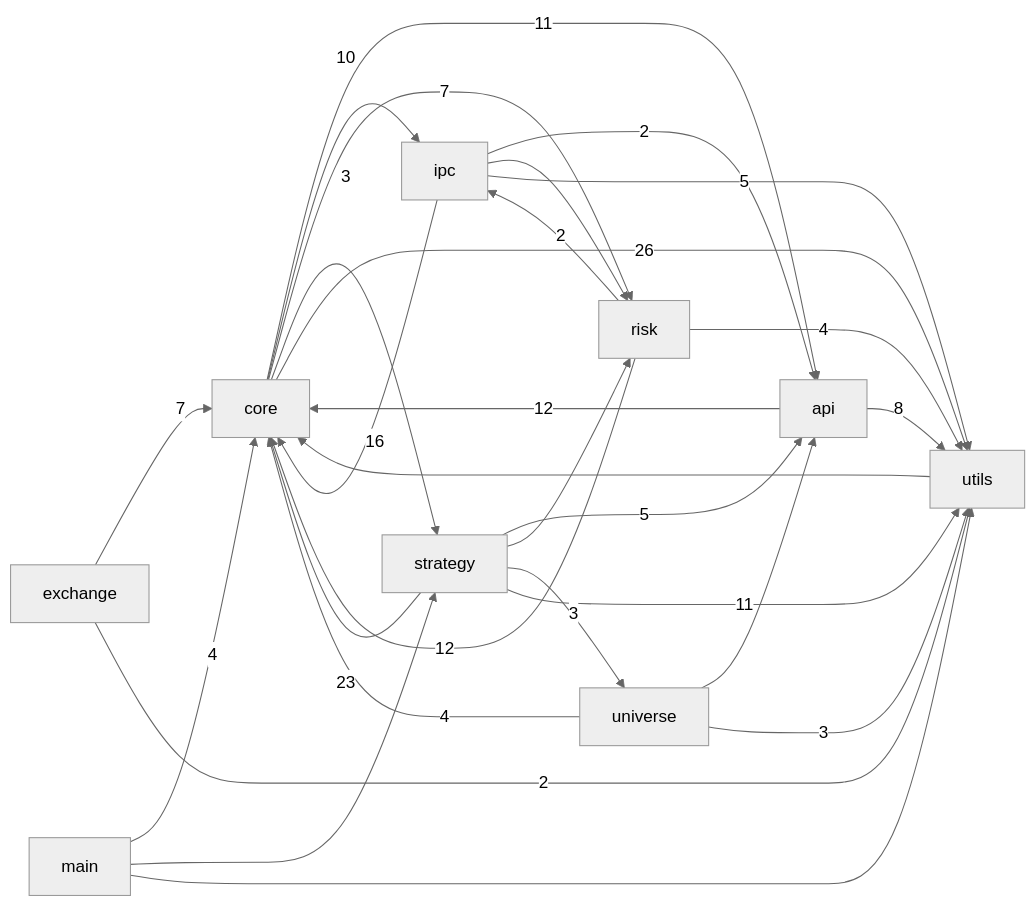
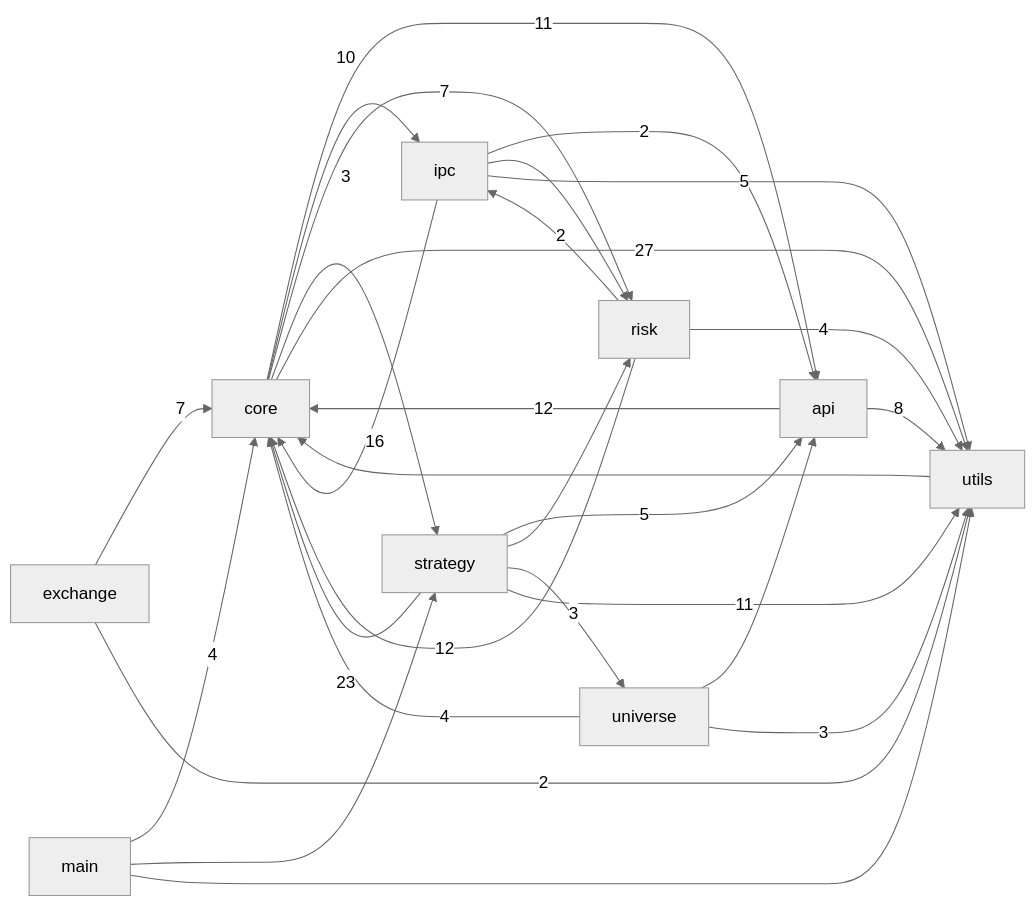
One commit to pypy8171/Quant changed the first of 3 diagrams in docs/CODE_GRAPH.md. Above: the diagram before and after it, drawn with Mermaid (neutral theme). The commit also changed other lines of this file and 10 other files, not shown here.

````diff
--- a/docs/CODE_GRAPH.md
+++ b/docs/CODE_GRAPH.md
@@ -10,40 +10,40 @@
 ```mermaid
 graph LR
   main[main]
   core[core]
   strategy[strategy]
   api[api]
   universe[universe]
   risk[risk]
   ipc[ipc]
   utils[utils]
   exchange[exchange]
   api -->|12| core
   api -->|8| utils
   core -->|11| api
   core -->|10| ipc
   core -->|7| risk
   core -->|3| strategy
-  core -->|26| utils
+  core -->|27| utils
   exchange -->|7| core
   exchange -->|2| utils
   ipc -->|2| api
   ipc -->|16| core
   ipc --> risk
   ipc -->|5| utils
   main -->|4| core
   main --> strategy
   main --> utils
   risk -->|12| core
   risk -->|2| ipc
   risk -->|4| utils
   strategy -->|5| api
   strategy -->|23| core
   strategy --> risk
   strategy -->|3| universe
   strategy -->|11| utils
   universe --> api
   universe -->|4| core
   universe -->|3| utils
   utils --> core
 ```
````
